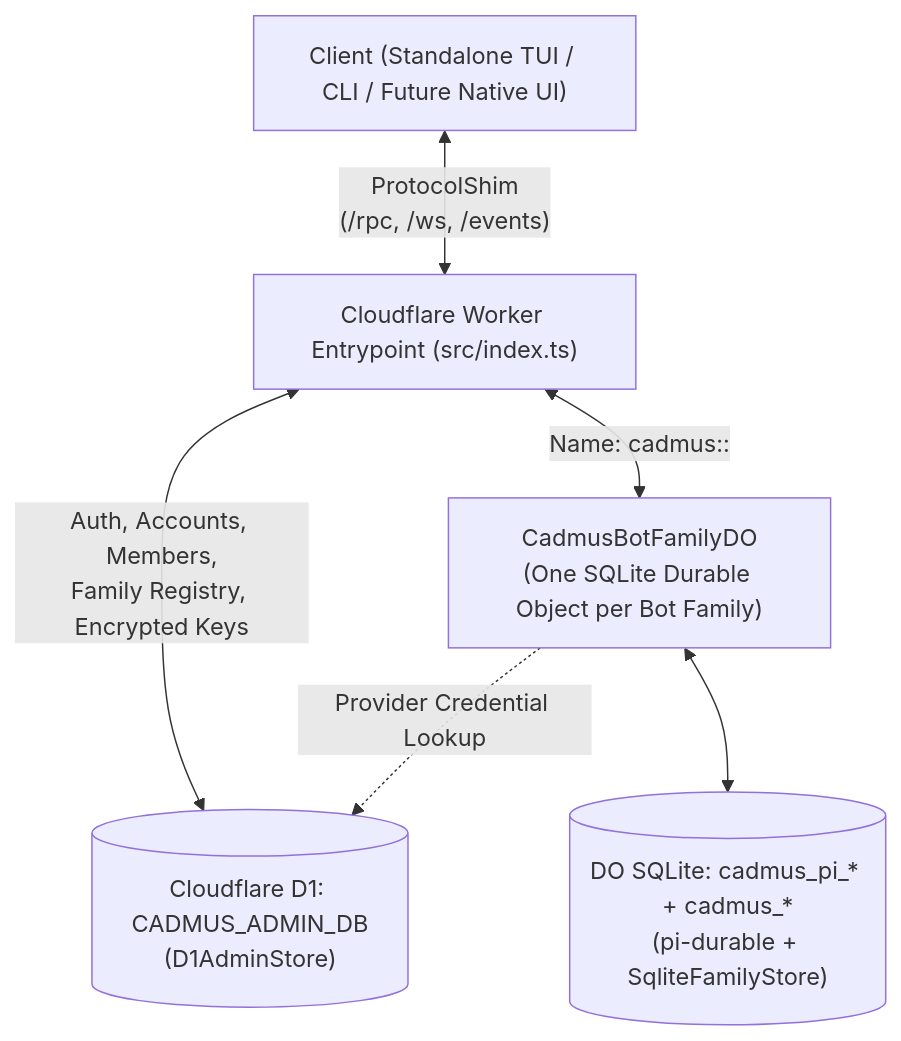
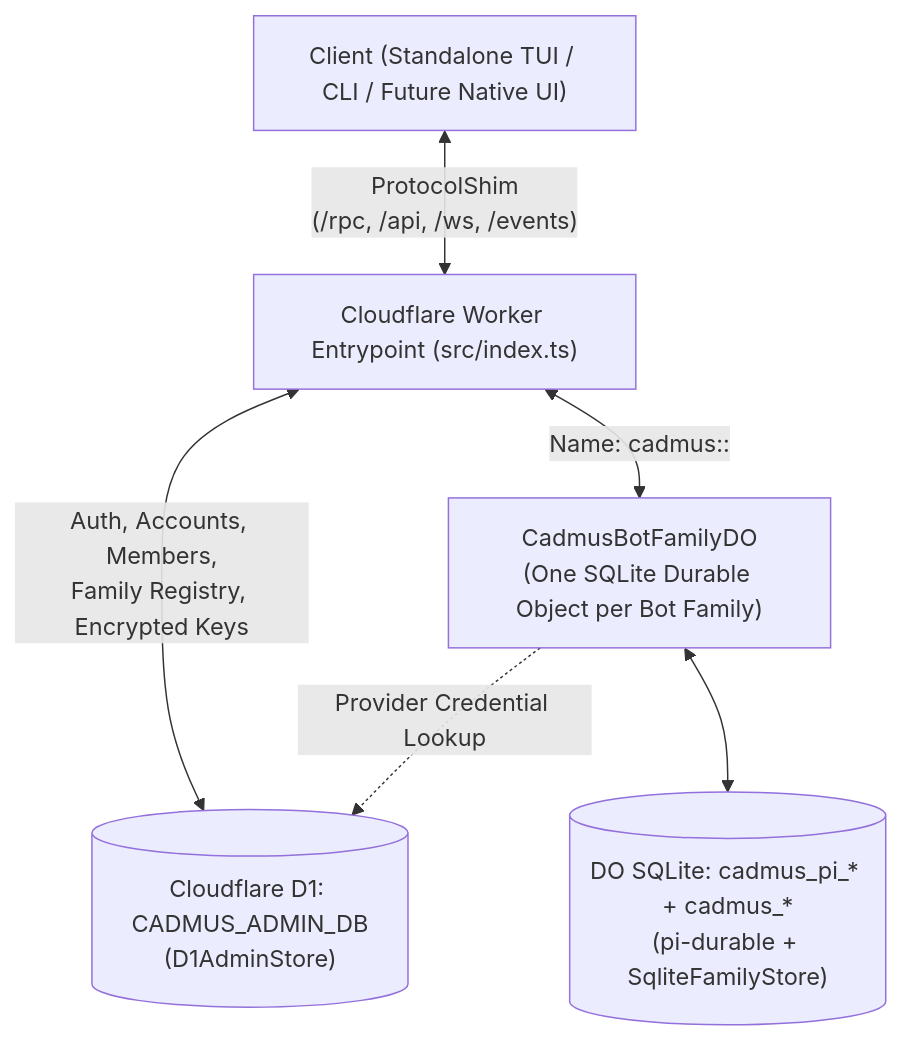
Before and after one commit to liorm/cadmus: the diagram in docs/architecture.md, drawn with Mermaid. The commit also changed other lines of this file and 12 other files, not shown here.

First line of the commit message:
feat(api): RESTful /api translation of protocol commands (#20) (#24)

````diff
--- a/docs/architecture.md
+++ b/docs/architecture.md
@@ -11,14 +11,14 @@
 ```mermaid
 flowchart TD
     Client["Client (Standalone TUI / CLI / Future Native UI)"]
     Worker["Cloudflare Worker Entrypoint (src/index.ts)"]
     D1[("Cloudflare D1: CADMUS_ADMIN_DB\n(D1AdminStore)")]
     DO["CadmusBotFamilyDO\n(One SQLite Durable Object per Bot Family)"]
     SQLite[("DO SQLite: cadmus_pi_* + cadmus_*\n(pi-durable + SqliteFamilyStore)")]
 
-    Client <-->|"ProtocolShim\n(/rpc, /ws, /events)"| Worker
+    Client <-->|"ProtocolShim\n(/rpc, /api, /ws, /events)"| Worker
     Worker <-->|"Auth, Accounts, Members,\nFamily Registry, Encrypted Keys"| D1
     Worker <-->|"Name: cadmus:<accountId>:<familyId>"| DO
     DO <--> SQLite
     DO -.->|"Provider Credential Lookup"| D1
 ```
````
